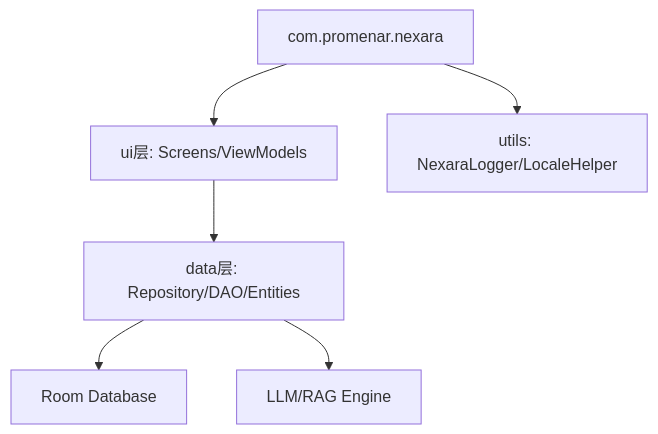
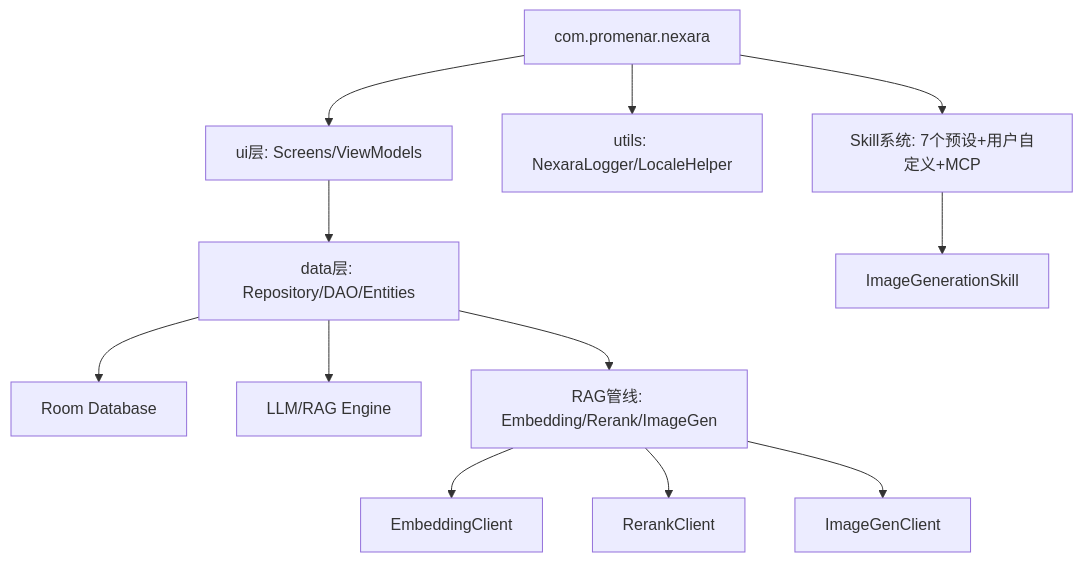
One commit to NarcisWL/Nexara changed the diagram in docs/ARCHITECTURE.md. Above: the diagram before and after it, drawn with Mermaid. The commit also changed other lines of this file and 42 other files, not shown here.

First line of the commit message:
feat: RAG管线全链路修复 + 图像生成工具 + 单元测试 (2026-05-14)

````diff
--- a/docs/ARCHITECTURE.md
+++ b/docs/ARCHITECTURE.md
@@ -9,8 +9,14 @@
 ```mermaid
 graph TD
     App[com.promenar.nexara] --> UI[ui层: Screens/ViewModels]
     UI --> Data[data层: Repository/DAO/Entities]
     Data --> DB[Room Database]
     Data --> LLM[LLM/RAG Engine]
+    Data --> RAG[RAG管线: Embedding/Rerank/ImageGen]
+    RAG --> Embed[EmbeddingClient]
+    RAG --> Rerank[RerankClient]
+    RAG --> ImageGen[ImageGenClient]
     App --> Utils[utils: NexaraLogger/LocaleHelper]
+    App --> Skills[Skill系统: 7个预设+用户自定义+MCP]
+    Skills --> ImageSkill[ImageGenerationSkill]
 ```
````
